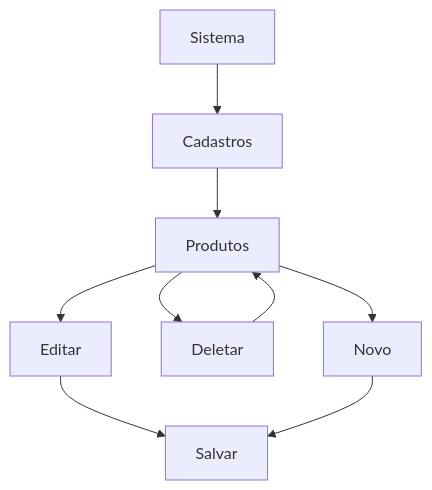
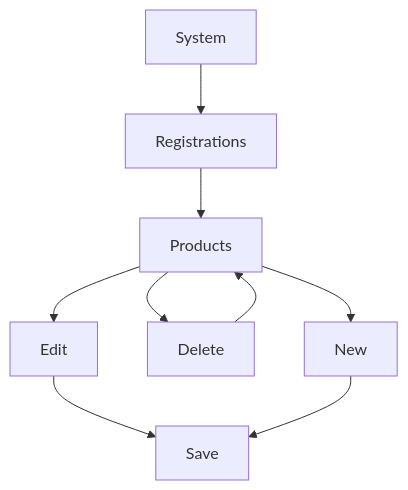
The second of 5 diagrams in README.md (ronye011/Projeto-DevEvolution), drawn with Mermaid before and after one commit. The commit also changed other lines of this file, not shown here.

````diff
--- a/README.md
+++ b/README.md
@@ -123,11 +135,12 @@
 ```mermaid
 graph TD;
-    Sistema --> Cadastros;
-    Cadastros --> Produtos;
-    Produtos --> Novo;
-    Produtos --> Deletar;
-    Produtos --> Editar;
-    Deletar --> Produtos;
-    Editar --> Salvar;
-    Novo --> Salvar;
+System --> Registrations;
+Registrations --> Products;
+Products --> New;
+Products --> Delete;
+Products --> Edit;
+Delete --> Products;
+Edit --> Save;
+New --> Save;
+
 ```
````
